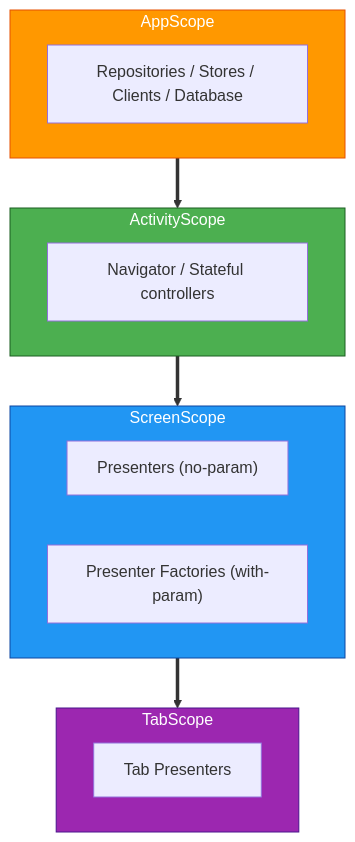
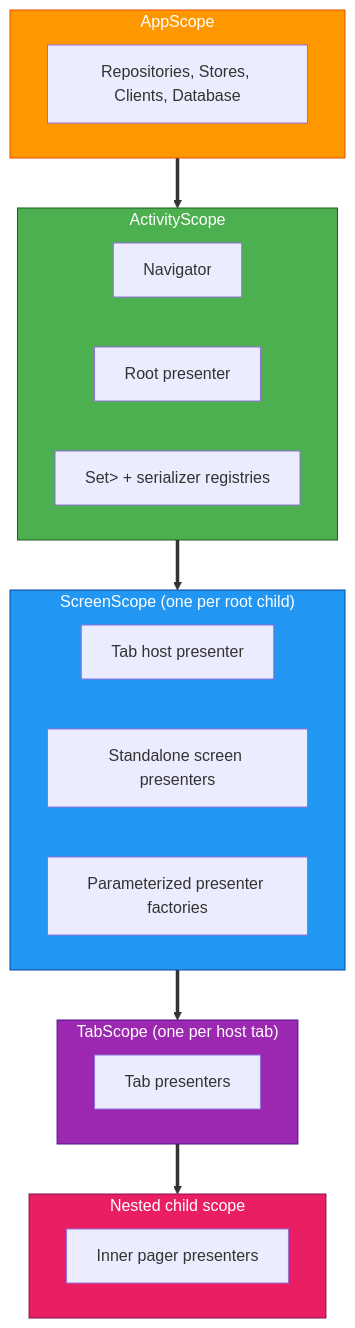
One commit to thomaskioko/tv-maniac changed the diagram in docs/architecture/dependency-injection.md. Above: the diagram before and after it, drawn with Mermaid. The commit also changed other lines of this file and 169 other files, not shown here.

````diff
--- a/docs/architecture/dependency-injection.md
+++ b/docs/architecture/dependency-injection.md
@@ -18,32 +19,42 @@
 ```mermaid
 graph TD
     subgraph AS["AppScope"]
         direction LR
-        R["Repositories / Stores / Clients / Database"]
+        R["Repositories, Stores, Clients, Database"]
     end
 
     subgraph ACS["ActivityScope"]
         direction LR
-        RN["Navigator / Stateful controllers"]
+        RN["Navigator"]
+        RP["Root presenter"]
+        NAV["Set<NavDestination<*>> + serializer registries"]
     end
 
-    subgraph SS["ScreenScope"]
+    subgraph SS["ScreenScope (one per root child)"]
         direction LR
-        P["Presenters (no-param)"]
-        PF["Presenter Factories (with-param)"]
+        HP["Tab host presenter"]
+        SP["Standalone screen presenters"]
+        SDP["Parameterized presenter factories"]
     end
 
-    subgraph TS["TabScope"]
+    subgraph TS["TabScope (one per host tab)"]
         direction LR
-        TP["Tab Presenters"]
+        DIS["Tab presenters"]
+    end
+
+    subgraph PCS["Nested child scope"]
+        direction LR
+        UN["Inner pager presenters"]
     end
 
     AS ==> ACS
     ACS ==> SS
     SS ==> TS
+    TS ==> PCS
 
     style AS fill:#FF9800,color:#fff,stroke:#E65100
     style ACS fill:#4CAF50,color:#fff,stroke:#1B5E20
     style SS fill:#2196F3,color:#fff,stroke:#0D47A1
     style TS fill:#9C27B0,color:#fff,stroke:#4A148C
+    style PCS fill:#E91E63,color:#fff,stroke:#880E4F
 ```
````
